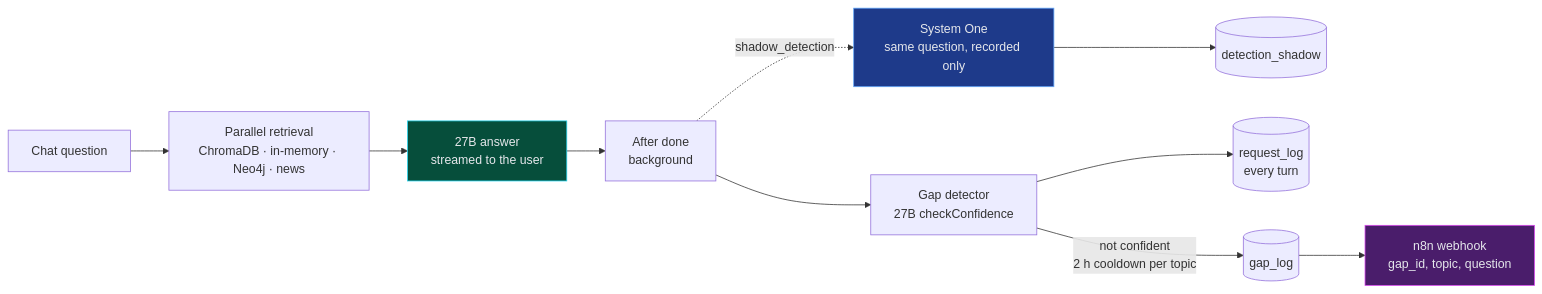
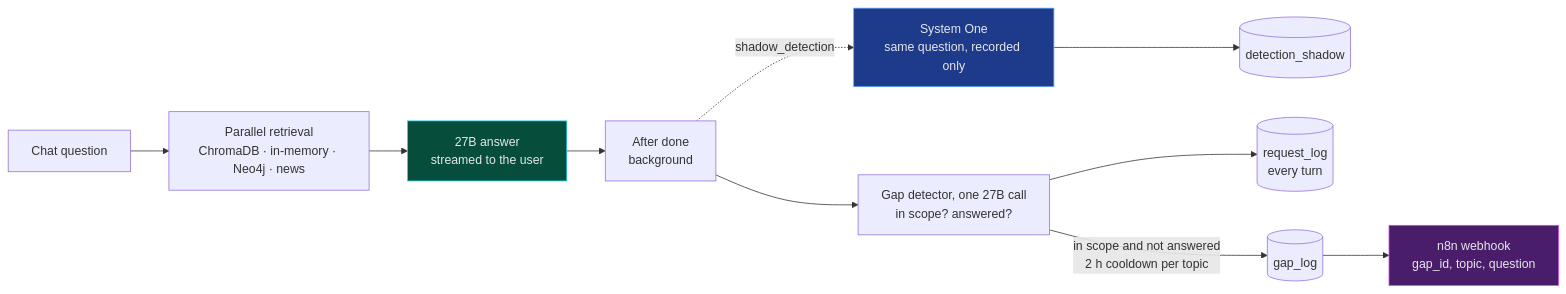
One commit to sebdallais-git/PharmaIT_Chat_and_Digest changed the first of 11 diagrams in README.md. Above: the diagram before and after it, drawn with Mermaid. The commit also changed other lines of this file and 4 other files, not shown here.

First line of the commit message:
feat: raise a gap only for an in-scope question the answer did not answer

````diff
--- a/README.md
+++ b/README.md
@@ -113,16 +113,16 @@
 ```mermaid
 flowchart LR
     Q["Chat question"] --> R["Parallel retrieval<br/>ChromaDB · in-memory · Neo4j · news"]
     R --> A["27B answer<br/>streamed to the user"]
     A --> BG["After done<br/>background"]
-    BG --> D["Gap detector<br/>27B checkConfidence"]
+    BG --> D["Gap detector, one 27B call<br/>in scope? answered?"]
     BG -. "shadow_detection" .-> S["System One<br/>same question, recorded only"]
     S --> DS[("detection_shadow")]
     D --> RL[("request_log<br/>every turn")]
-    D -- "not confident<br/>2 h cooldown per topic" --> GL[("gap_log")]
+    D -- "in scope and not answered<br/>2 h cooldown per topic" --> GL[("gap_log")]
     GL --> WH["n8n webhook<br/>gap_id, topic, question"]
 
     style A fill:#064e3b,stroke:#22d3ee,color:#e5e7eb
     style S fill:#1e3a8a,stroke:#60a5fa,color:#e5e7eb
     style WH fill:#4a1d6b,stroke:#d946ef,color:#e5e7eb
 ```
````
